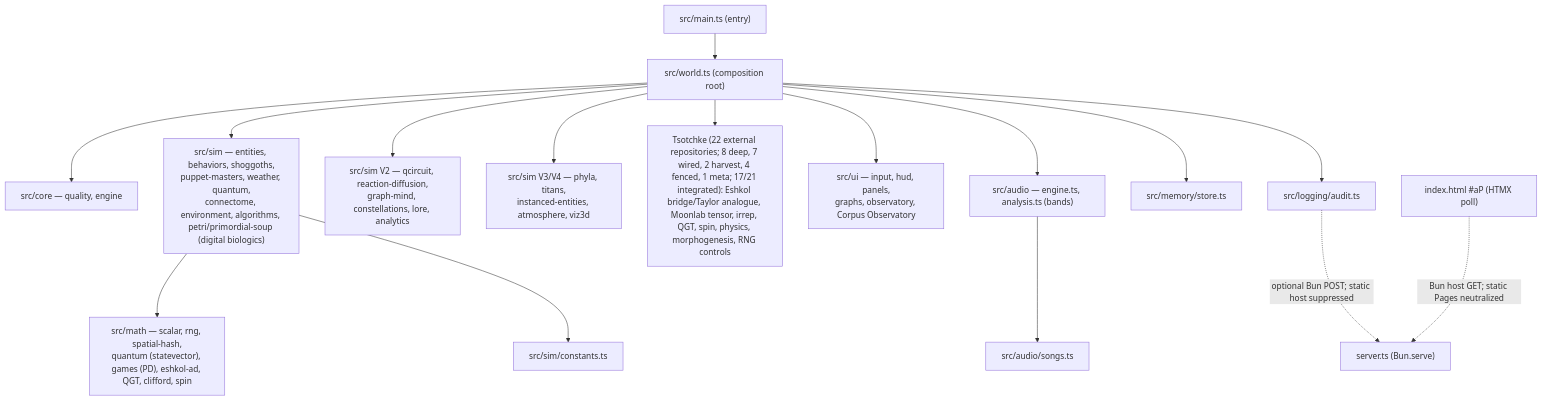
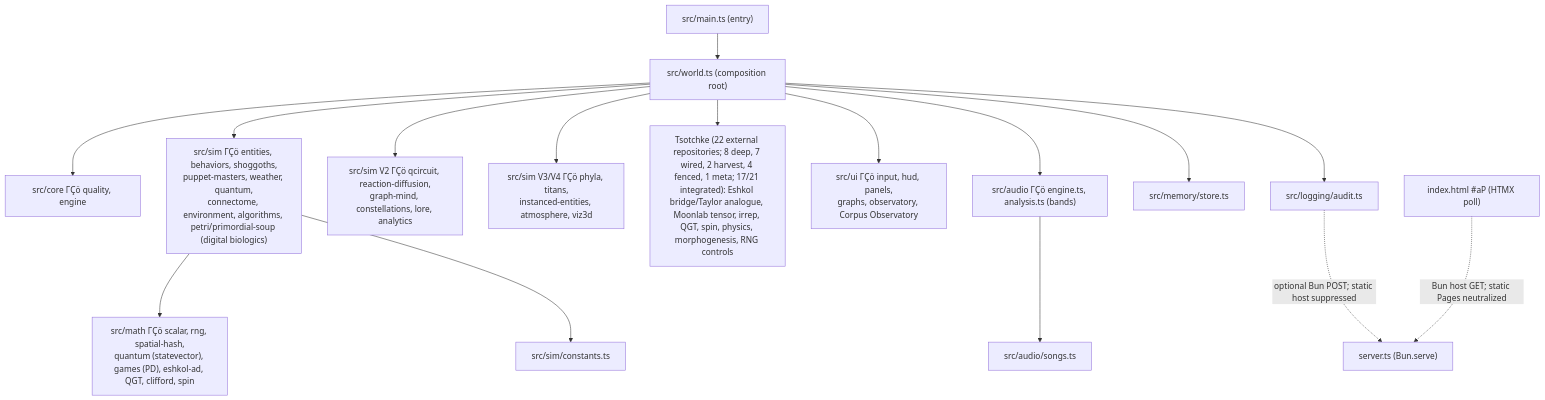
One commit to 0thernes/cosmogonic-quantum-mechalogodrom changed the diagram in README.md. Above: the diagram before and after it, drawn with Mermaid. The commit also changed other lines of this file and 7 other files, not shown here.

````diff
--- a/README.md
+++ b/README.md
@@ -578,18 +579,18 @@
 ```mermaid
 graph TD
   main["src/main.ts (entry)"] --> world["src/world.ts (composition root)"]
-  world --> core["src/core — quality, engine"]
-  world --> sim["src/sim — entities, behaviors, shoggoths,\npuppet-masters, weather, quantum,\nconnectome, environment, algorithms, petri/primordial-soup (digital biologics)"]
-  world --> v2["src/sim V2 — qcircuit, reaction-diffusion,\ngraph-mind, constellations, lore, analytics"]
-  world --> v34["src/sim V3/V4 — phyla, titans,\ninstanced-entities, atmosphere, viz3d"]
+  world --> core["src/core ΓÇö quality, engine"]
+  world --> sim["src/sim ΓÇö entities, behaviors, shoggoths,\npuppet-masters, weather, quantum,\nconnectome, environment, algorithms, petri/primordial-soup (digital biologics)"]
+  world --> v2["src/sim V2 ΓÇö qcircuit, reaction-diffusion,\ngraph-mind, constellations, lore, analytics"]
+  world --> v34["src/sim V3/V4 ΓÇö phyla, titans,\ninstanced-entities, atmosphere, viz3d"]
   world --> tsotchke["Tsotchke (22 external repositories; 8 deep, 7 wired, 2 harvest, 4 fenced, 1 meta; 17/21 integrated): Eshkol bridge/Taylor analogue, Moonlab tensor, irrep, QGT, spin, physics, morphogenesis, RNG controls"]
-  world --> ui["src/ui — input, hud, panels,\ngraphs, observatory, Corpus Observatory"]
-  world --> audio["src/audio — engine.ts, analysis.ts (bands)"]
+  world --> ui["src/ui ΓÇö input, hud, panels,\ngraphs, observatory, Corpus Observatory"]
+  world --> audio["src/audio ΓÇö engine.ts, analysis.ts (bands)"]
   world --> mem["src/memory/store.ts"]
   world --> audit["src/logging/audit.ts"]
-  sim --> math["src/math — scalar, rng, spatial-hash,\nquantum (statevector), games (PD), eshkol-ad, QGT, clifford, spin"]
+  sim --> math["src/math ΓÇö scalar, rng, spatial-hash,\nquantum (statevector), games (PD), eshkol-ad, QGT, clifford, spin"]
   sim --> constants["src/sim/constants.ts"]
   audio --> songs["src/audio/songs.ts"]
   audit -. "optional Bun POST; static host suppressed" .-> server["server.ts (Bun.serve)"]
   htmx["index.html #aP (HTMX poll)"] -. "Bun host GET; static Pages neutralized" .-> server
 ```
````
